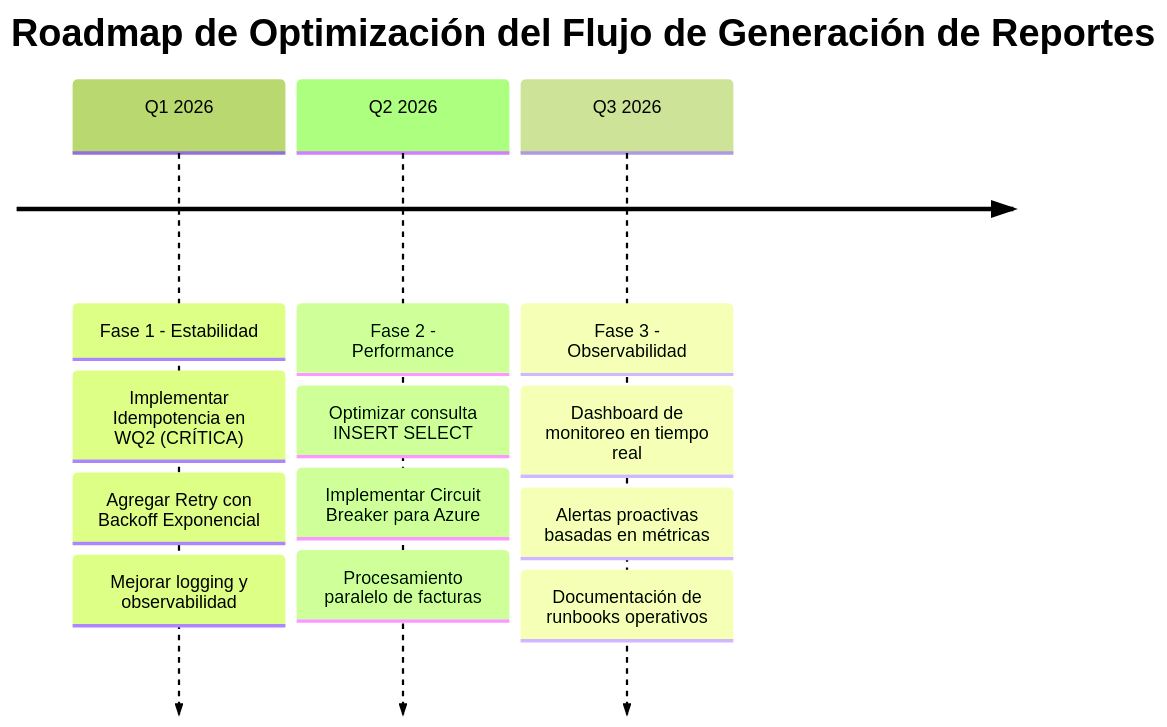
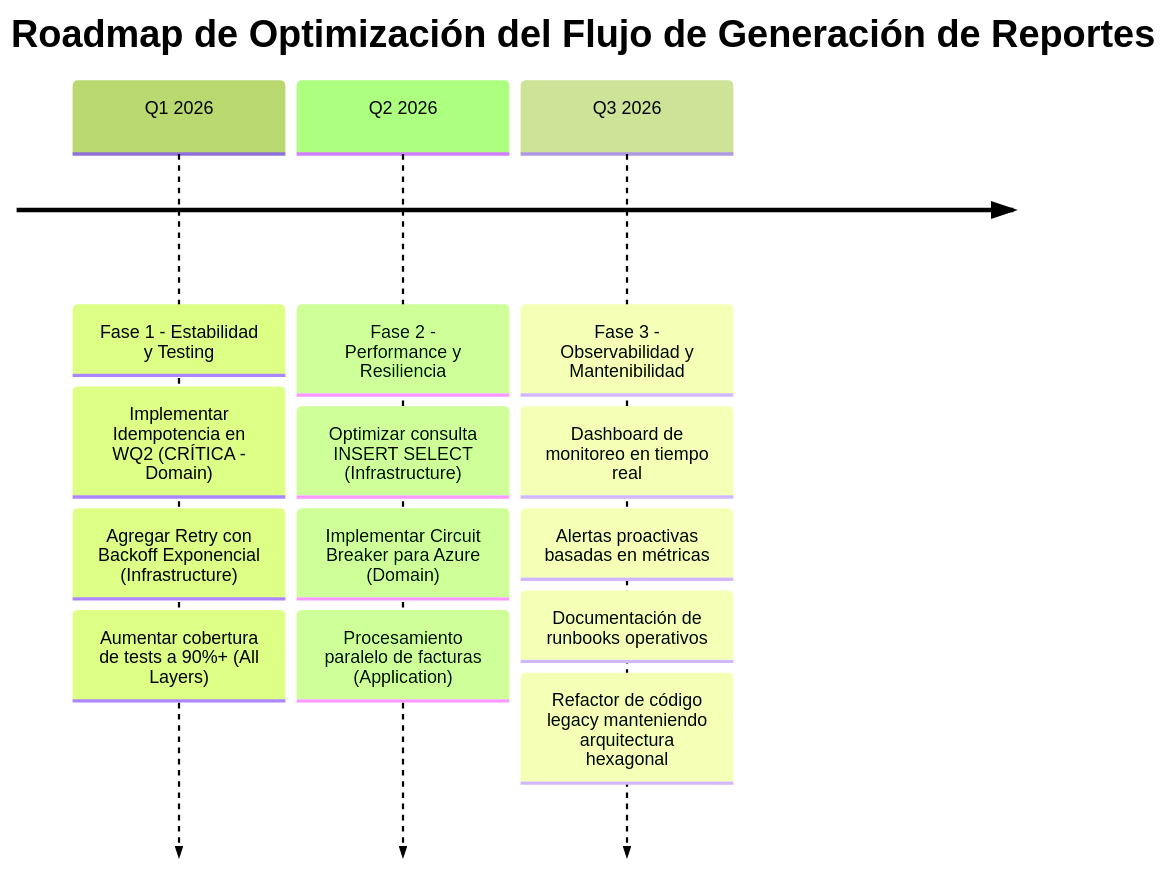
One commit to estebancolorado/MetodoCeibaSura changed the seventh of 7 diagrams in docs/architecture/flujo-generacion-reporte-detalle-cobro.md. Above: the diagram before and after it, drawn with Mermaid (forest theme). The commit also changed other lines of this file and 16 other files, not shown here.

````diff
--- a/docs/architecture/flujo-generacion-reporte-detalle-cobro.md
+++ b/docs/architecture/flujo-generacion-reporte-detalle-cobro.md
@@ -830,19 +1103,20 @@
 ```mermaid
 timeline
     title Roadmap de Optimización del Flujo de Generación de Reportes
 
-    Q1 2026 : Fase 1 - Estabilidad
-            : Implementar Idempotencia en WQ2 (CRÍTICA)
-            : Agregar Retry con Backoff Exponencial
-            : Mejorar logging y observabilidad
+    Q1 2026 : Fase 1 - Estabilidad y Testing
+            : Implementar Idempotencia en WQ2 (CRÍTICA - Domain)
+            : Agregar Retry con Backoff Exponencial (Infrastructure)
+            : Aumentar cobertura de tests a 90%+ (All Layers)
 
-    Q2 2026 : Fase 2 - Performance
-            : Optimizar consulta INSERT SELECT
-            : Implementar Circuit Breaker para Azure
-            : Procesamiento paralelo de facturas
+    Q2 2026 : Fase 2 - Performance y Resiliencia
+            : Optimizar consulta INSERT SELECT (Infrastructure)
+            : Implementar Circuit Breaker para Azure (Domain)
+            : Procesamiento paralelo de facturas (Application)
 
-    Q3 2026 : Fase 3 - Observabilidad
+    Q3 2026 : Fase 3 - Observabilidad y Mantenibilidad
             : Dashboard de monitoreo en tiempo real
             : Alertas proactivas basadas en métricas
             : Documentación de runbooks operativos
+            : Refactor de código legacy manteniendo arquitectura hexagonal
 ```
````
